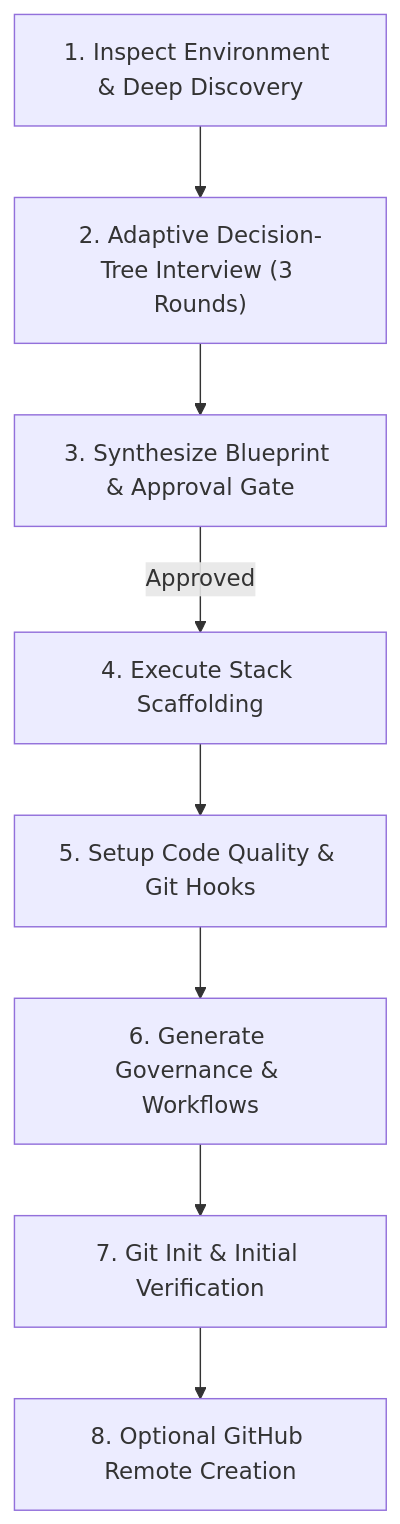
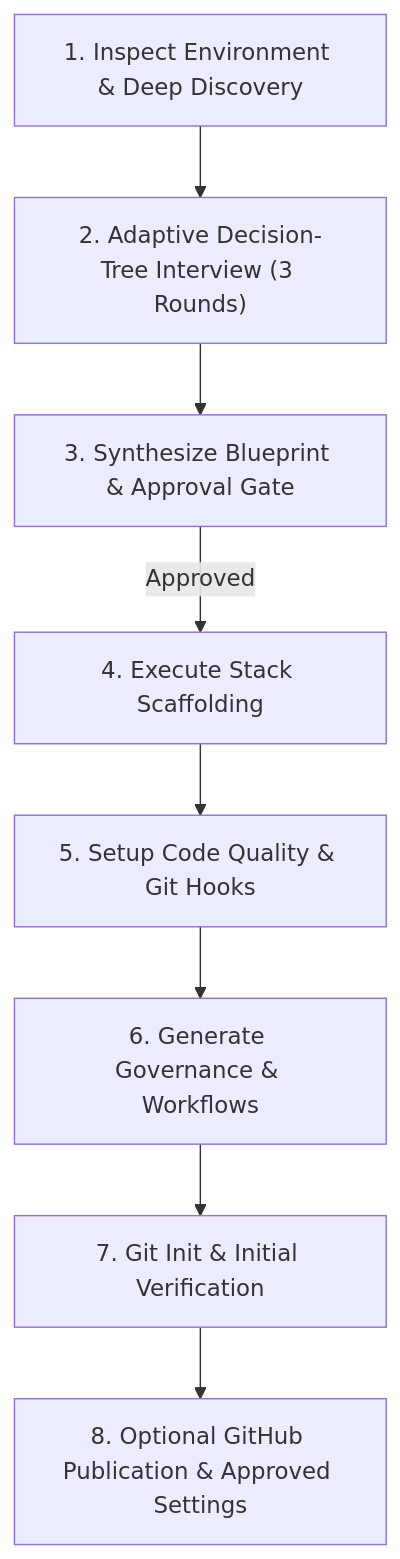
Before and after one commit to Acrazie/skills: the diagram in skills/github-repo-init-acrazie/SKILL.md, drawn with Mermaid. The commit also changed other lines of this file and 6 other files, not shown here.

````diff
--- a/skills/github-repo-init-acrazie/SKILL.md
+++ b/skills/github-repo-init-acrazie/SKILL.md
@@ -29,10 +31,10 @@
 ```mermaid
 flowchart TD
   A["1. Inspect Environment & Deep Discovery"] --> B["2. Adaptive Decision-Tree Interview (3 Rounds)"]
   B --> C["3. Synthesize Blueprint & Approval Gate"]
   C -->|Approved| D["4. Execute Stack Scaffolding"]
   D --> E["5. Setup Code Quality & Git Hooks"]
   E --> F["6. Generate Governance & Workflows"]
   F --> G["7. Git Init & Initial Verification"]
-  G --> H["8. Optional GitHub Remote Creation"]
+  G --> H["8. Optional GitHub Publication & Approved Settings"]
 ```
````
